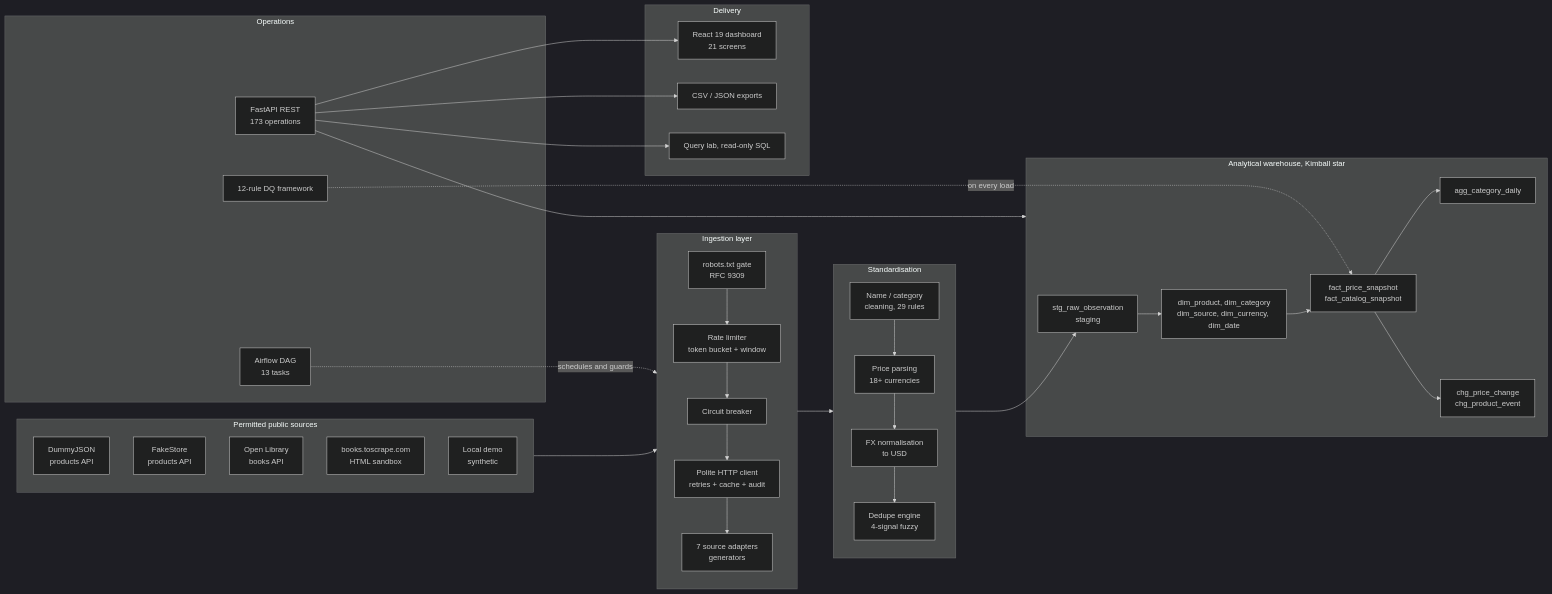
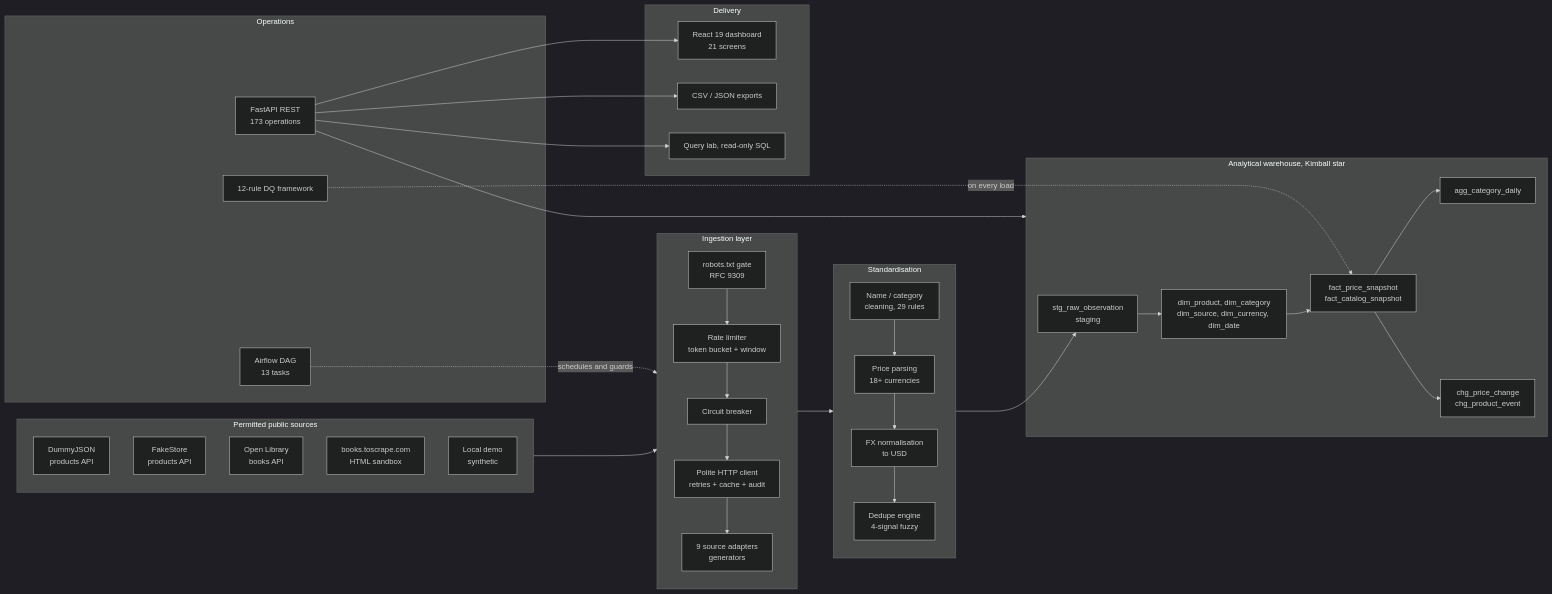
Before and after one commit to Ahmedbakr78/Web-to-Warehouse-Product-Intelligence-Pipeline: the first of 15 diagrams in README.md, drawn with Mermaid (dark theme). The commit also changed 1 other file, not shown here.

Commit message:
README architecture diagram: 9 source adapters

````diff
--- a/README.md
+++ b/README.md
@@ -279,55 +279,55 @@
 ```mermaid
 flowchart LR
     subgraph Sources["Permitted public sources"]
         A1["DummyJSON<br/>products API"]
         A2["FakeStore<br/>products API"]
         A3["Open Library<br/>books API"]
         A4["books.toscrape.com<br/>HTML sandbox"]
         A5["Local demo<br/>synthetic"]
     end
 
     subgraph Ingest["Ingestion layer"]
         direction TB
         R["robots.txt gate<br/>RFC 9309"]
         RL["Rate limiter<br/>token bucket + window"]
         CB["Circuit breaker"]
         HC["Polite HTTP client<br/>retries + cache + audit"]
-        S["7 source adapters<br/>generators"]
+        S["9 source adapters<br/>generators"]
         R --> RL --> CB --> HC --> S
     end
 
     subgraph Clean["Standardisation"]
         C1["Name / category<br/>cleaning, 29 rules"]
         C2["Price parsing<br/>18+ currencies"]
         C3["FX normalisation<br/>to USD"]
         DD["Dedupe engine<br/>4-signal fuzzy"]
         C1 --> C2 --> C3 --> DD
     end
 
     subgraph Wh["Analytical warehouse, Kimball star"]
         STG["stg_raw_observation<br/>staging"]
         DIM["dim_product, dim_category<br/>dim_source, dim_currency, dim_date"]
         FACT["fact_price_snapshot<br/>fact_catalog_snapshot"]
         AGG["agg_category_daily"]
         CHG["chg_price_change<br/>chg_product_event"]
         STG --> DIM --> FACT --> AGG & CHG
     end
 
     subgraph Ops["Operations"]
         AF["Airflow DAG<br/>13 tasks"]
         API["FastAPI REST<br/>173 operations"]
         DQ["12-rule DQ framework"]
     end
 
     subgraph UI["Delivery"]
         RE["React 19 dashboard<br/>21 screens"]
         EXP["CSV / JSON exports"]
         QL["Query lab, read-only SQL"]
     end
 
     Sources --> Ingest --> Clean --> STG
     AF -.schedules and guards.-> Ingest
     API --> Wh
     API --> RE & EXP & QL
     DQ -.on every load.-> FACT
 ```
````
